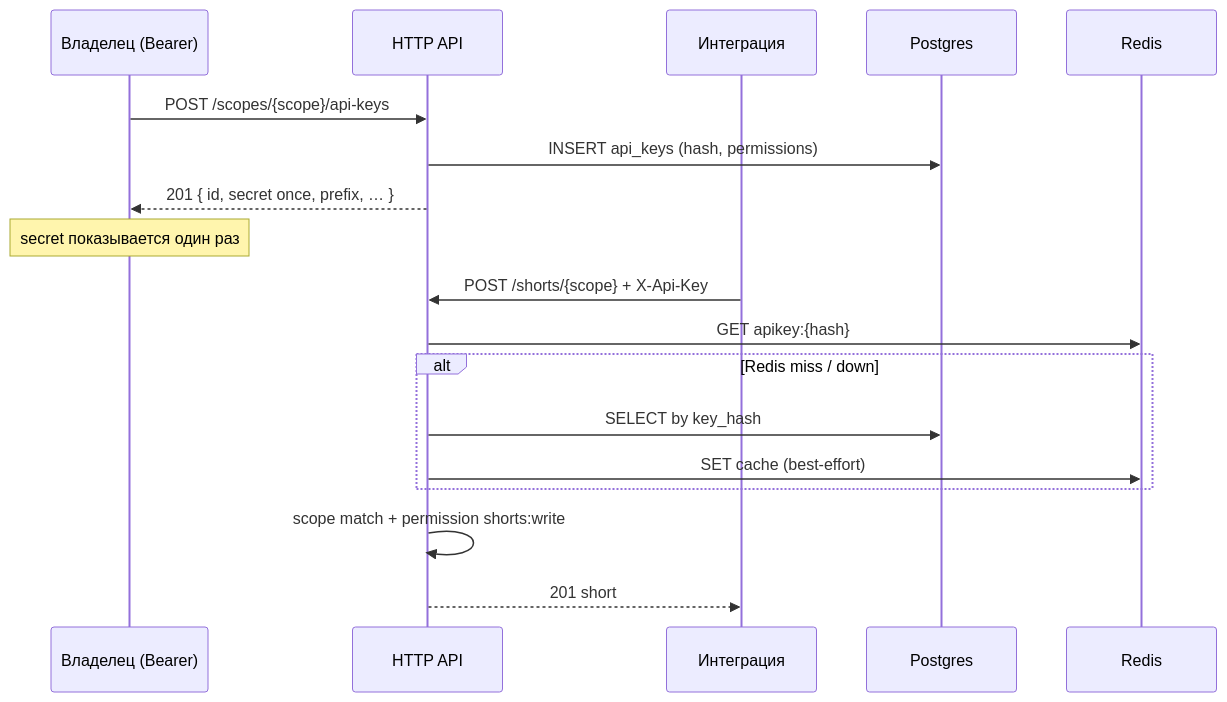
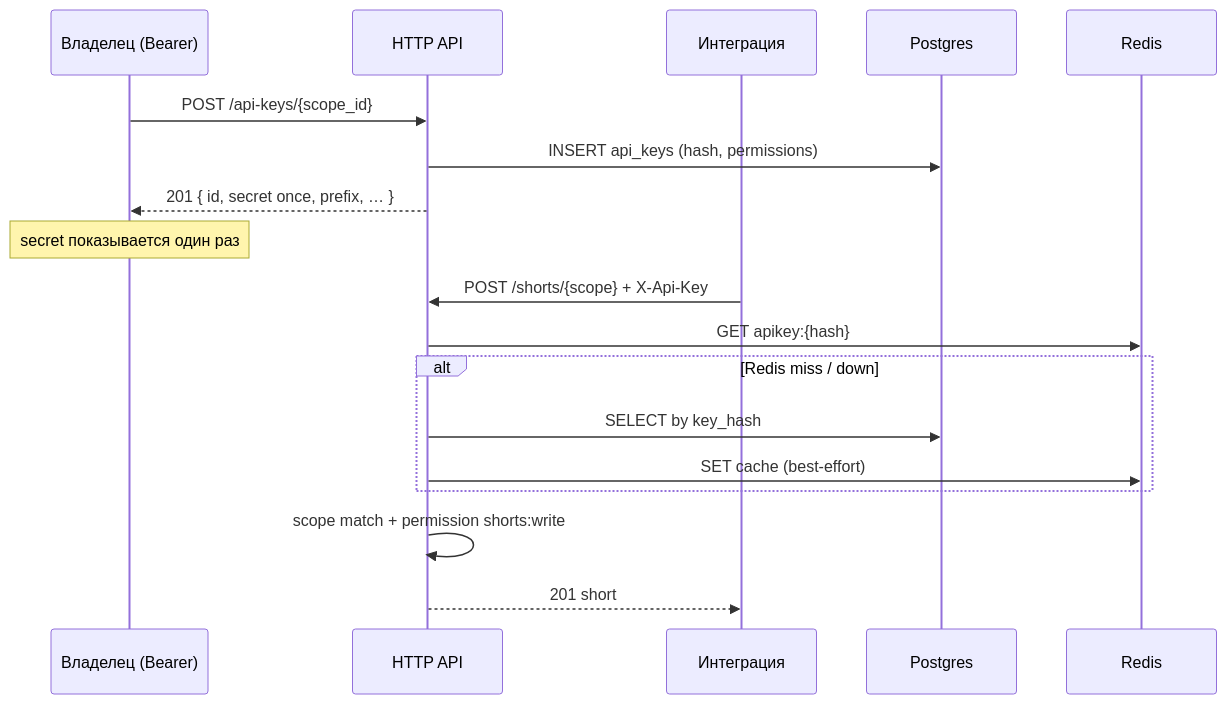
Before and after one commit to IOSHED/KKRCH.RU: the first of 2 diagrams in module_api_keys.md, drawn with Mermaid. The commit also changed other lines of this file and 5 other files, not shown here.

````diff
--- a/module_api_keys.md
+++ b/module_api_keys.md
@@ -49,22 +50,20 @@
 ```mermaid
 sequenceDiagram
     participant Owner as Владелец (Bearer)
     participant API as HTTP API
     participant Dev as Интеграция
     participant PG as Postgres
     participant R as Redis
-
-    Owner->>API: POST /scopes/{scope}/api-keys
-    API->>PG: INSERT api_keys (hash, permissions)
-    API-->>Owner: 201 { id, secret once, prefix, … }
+    Owner ->> API: POST /api-keys/{scope_id}
+    API ->> PG: INSERT api_keys (hash, permissions)
+    API -->> Owner: 201 { id, secret once, prefix, … }
     Note over Owner: secret показывается один раз
-
-    Dev->>API: POST /shorts/{scope} + X-Api-Key
-    API->>R: GET apikey:{hash}
+    Dev ->> API: POST /shorts/{scope} + X-Api-Key
+    API ->> R: GET apikey:{hash}
     alt Redis miss / down
-        API->>PG: SELECT by key_hash
-        API->>R: SET cache (best-effort)
+        API ->> PG: SELECT by key_hash
+        API ->> R: SET cache (best-effort)
     end
-    API->>API: scope match + permission shorts:write
-    API-->>Dev: 201 short
+    API ->> API: scope match + permission shorts:write
+    API -->> Dev: 201 short
 ```
````
